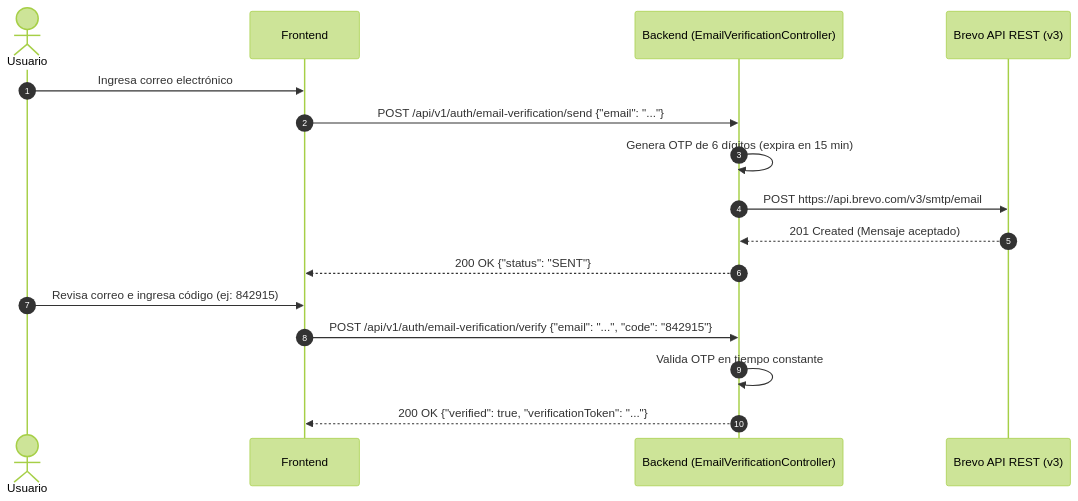
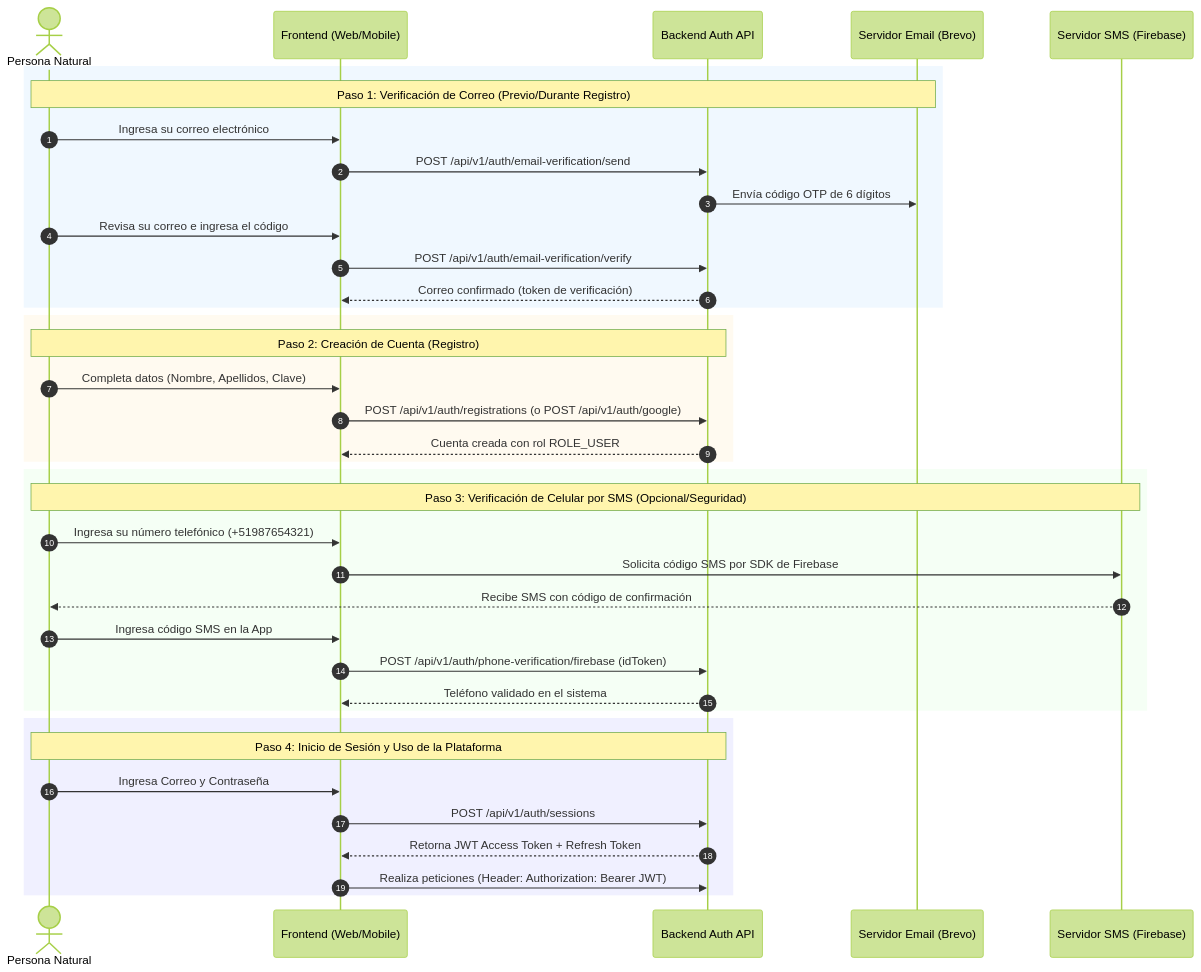
Before and after one commit to tux-squad/smartfinance-drive-platform: the first of 3 diagrams in docs/authentication-flow.md, drawn with Mermaid (forest theme). The commit also changed other lines of this file, not shown here.

Commit message:
docs: restructure authentication flow as step-by-step user journeys

````diff
--- a/docs/authentication-flow.md
+++ b/docs/authentication-flow.md
@@ -146,20 +11,44 @@
 ```mermaid
 sequenceDiagram
     autonumber
-    actor Usuario
-    participant Frontend
-    participant API as Backend (EmailVerificationController)
-    participant Brevo as Brevo API REST (v3)
+    actor Persona as Persona Natural
+    participant App as Frontend (Web/Mobile)
+    participant Auth as Backend Auth API
+    participant Brevo as Servidor Email (Brevo)
+    participant Firebase as Servidor SMS (Firebase)
 
-    Usuario->>Frontend: Ingresa correo electrónico
-    Frontend->>API: POST /api/v1/auth/email-verification/send {"email": "..."}
-    API->>API: Genera OTP de 6 dígitos (expira en 15 min)
-    API->>Brevo: POST https://api.brevo.com/v3/smtp/email
-    Brevo-->>API: 201 Created (Mensaje aceptado)
-    API-->>Frontend: 200 OK {"status": "SENT"}
-    
-    Usuario->>Frontend: Revisa correo e ingresa código (ej: 842915)
-    Frontend->>API: POST /api/v1/auth/email-verification/verify {"email": "...", "code": "842915"}
-    API->>API: Valida OTP en tiempo constante
-    API-->>Frontend: 200 OK {"verified": true, "verificationToken": "..."}
+    rect rgb(240, 248, 255)
+    note over Persona, Brevo: Paso 1: Verificación de Correo (Previo/Durante Registro)
+    Persona->>App: Ingresa su correo electrónico
+    App->>Auth: POST /api/v1/auth/email-verification/send
+    Auth->>Brevo: Envía código OTP de 6 dígitos
+    Persona->>App: Revisa su correo e ingresa el código
+    App->>Auth: POST /api/v1/auth/email-verification/verify
+    Auth-->>App: Correo confirmado (token de verificación)
+    end
+
+    rect rgb(255, 250, 240)
+    note over Persona, Auth: Paso 2: Creación de Cuenta (Registro)
+    Persona->>App: Completa datos (Nombre, Apellidos, Clave)
+    App->>Auth: POST /api/v1/auth/registrations (o POST /api/v1/auth/google)
+    Auth-->>App: Cuenta creada con rol ROLE_USER
+    end
+
+    rect rgb(245, 255, 245)
+    note over Persona, Firebase: Paso 3: Verificación de Celular por SMS (Opcional/Seguridad)
+    Persona->>App: Ingresa su número telefónico (+51987654321)
+    App->>Firebase: Solicita código SMS por SDK de Firebase
+    Firebase-->>Persona: Recibe SMS con código de confirmación
+    Persona->>App: Ingresa código SMS en la App
+    App->>Auth: POST /api/v1/auth/phone-verification/firebase (idToken)
+    Auth-->>App: Teléfono validado en el sistema
+    end
+
+    rect rgb(240, 240, 255)
+    note over Persona, Auth: Paso 4: Inicio de Sesión y Uso de la Plataforma
+    Persona->>App: Ingresa Correo y Contraseña
+    App->>Auth: POST /api/v1/auth/sessions
+    Auth-->>App: Retorna JWT Access Token + Refresh Token
+    App->>Auth: Realiza peticiones (Header: Authorization: Bearer JWT)
+    end
 ```
````
